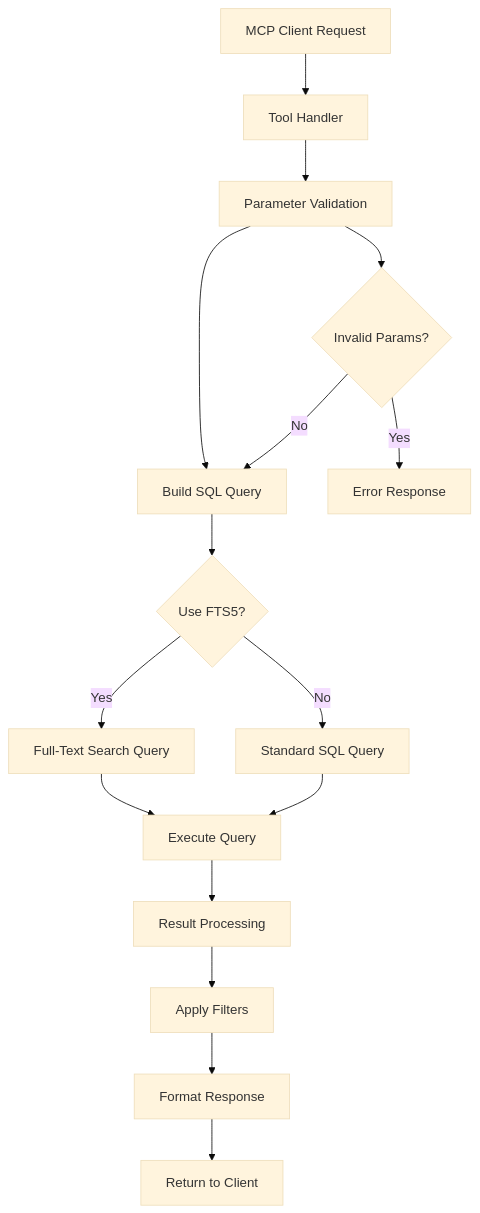
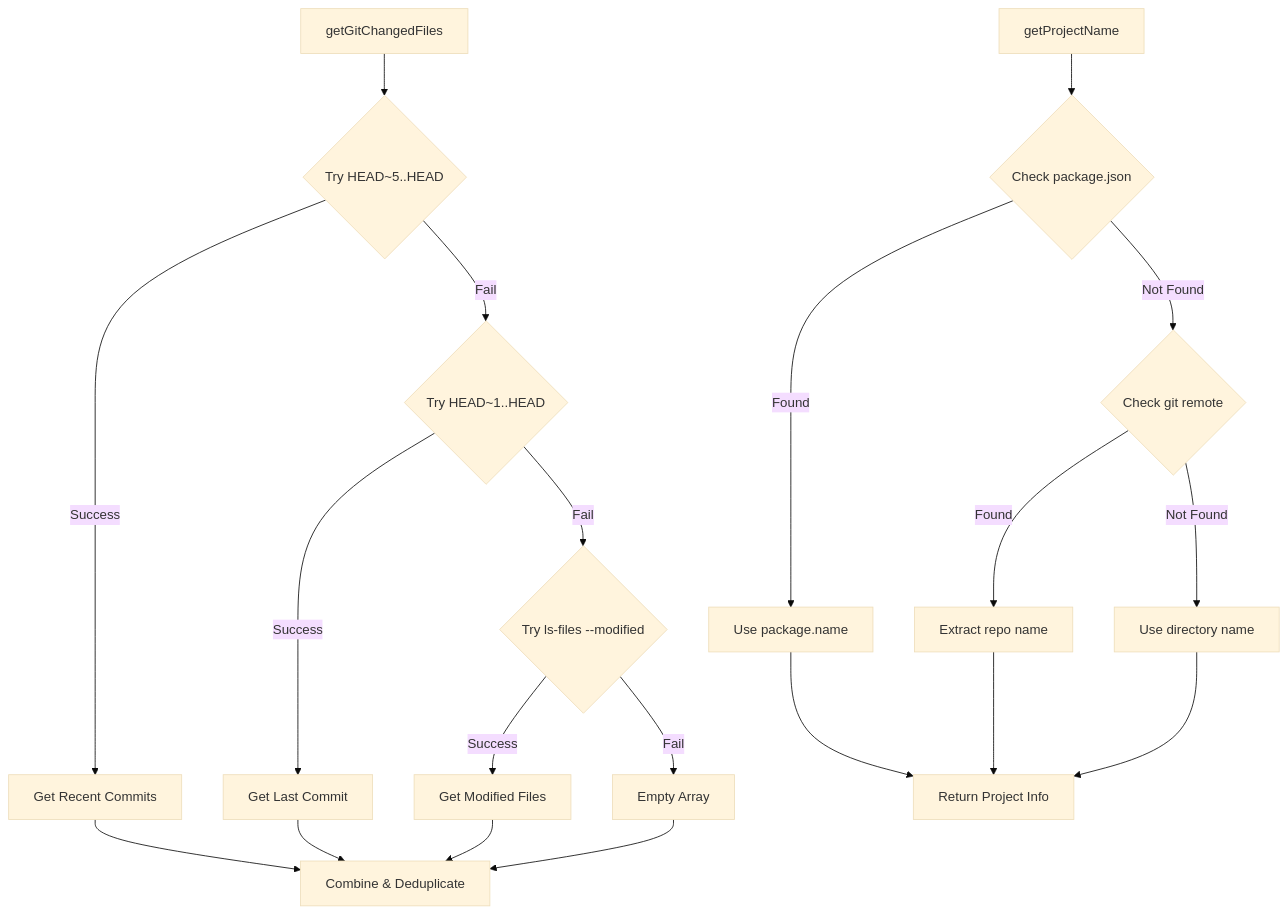
One commit to bvelasquez/console_mcp changed the eighth of 8 diagrams in DESIGN.md. Above: the diagram before and after it, drawn with Mermaid (base theme). The commit also changed other lines of this file and 6 other files, not shown here.

````diff
--- a/DESIGN.md
+++ b/DESIGN.md
@@ -262,22 +331,25 @@
 ```mermaid
 flowchart TD
-    A[MCP Client Request] --> B[Tool Handler]
-    B --> C[Parameter Validation]
-    C --> D[Build SQL Query]
+    A[getGitChangedFiles] --> B{Try HEAD~5..HEAD}
+    B -->|Success| C[Get Recent Commits]
+    B -->|Fail| D{Try HEAD~1..HEAD}
+    D -->|Success| E[Get Last Commit]
+    D -->|Fail| F{Try ls-files --modified}
+    F -->|Success| G[Get Modified Files]
+    F -->|Fail| H[Empty Array]
 
-    D --> E{Use FTS5?}
-    E -->|Yes| F[Full-Text Search Query]
-    E -->|No| G[Standard SQL Query]
+    I[getProjectName] --> J{Check package.json}
+    J -->|Found| K[Use package.name]
+    J -->|Not Found| L{Check git remote}
+    L -->|Found| M[Extract repo name]
+    L -->|Not Found| N[Use directory name]
 
-    F --> H[Execute Query]
-    G --> H
+    C --> O[Combine & Deduplicate]
+    E --> O
+    G --> O
+    H --> O
 
-    H --> I[Result Processing]
-    I --> J[Apply Filters]
-    J --> K[Format Response]
-    K --> L[Return to Client]
-
-    C --> M{Invalid Params?}
-    M -->|Yes| N[Error Response]
-    M -->|No| D
+    K --> P[Return Project Info]
+    M --> P
+    N --> P
 ```
````
